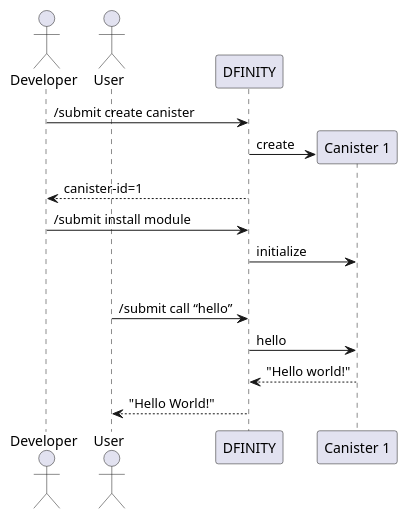
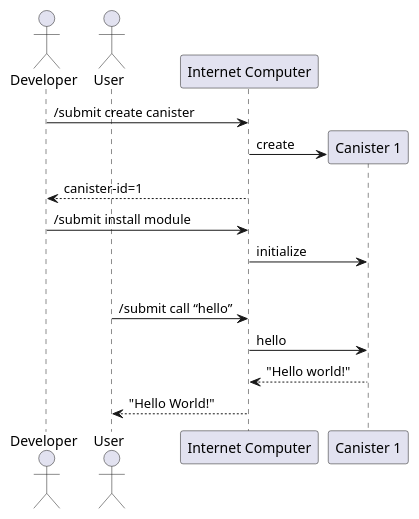
Before and after one commit to dfinity/interface-spec: the first of 3 diagrams in spec/index.adoc, drawn with PlantUML. The commit also changed other lines of this file, not shown here.

First line of the commit message:
Public Spec: Do not mention “dfinity” anymore (dfinity-lab/dfinity#1155)

```diff
--- a/spec/index.adoc
+++ b/spec/index.adoc
@@ -77,18 +77,18 @@
 [plantuml]
 ....
 actor Developer
 actor User
-participant DFINITY
+participant "Internet Computer" as IC
 participant "Canister 1" as Can1
-Developer -> DFINITY : /submit create canister
+Developer -> IC : /submit create canister
 create Can1
-DFINITY -> Can1 : create
-Developer <-- DFINITY : canister-id=1
-Developer -> DFINITY : /submit install module
-DFINITY -> Can1 : initialize
+IC -> Can1 : create
+Developer <-- IC : canister-id=1
+Developer -> IC : /submit install module
+IC -> Can1 : initialize
 |||
-User -> DFINITY : /submit call “hello”
-DFINITY -> Can1 : hello
+User -> IC : /submit call “hello”
+IC -> Can1 : hello
 return "Hello world!"
-User <-- DFINITY : "Hello World!"
+User <-- IC : "Hello World!"
 ....
```
